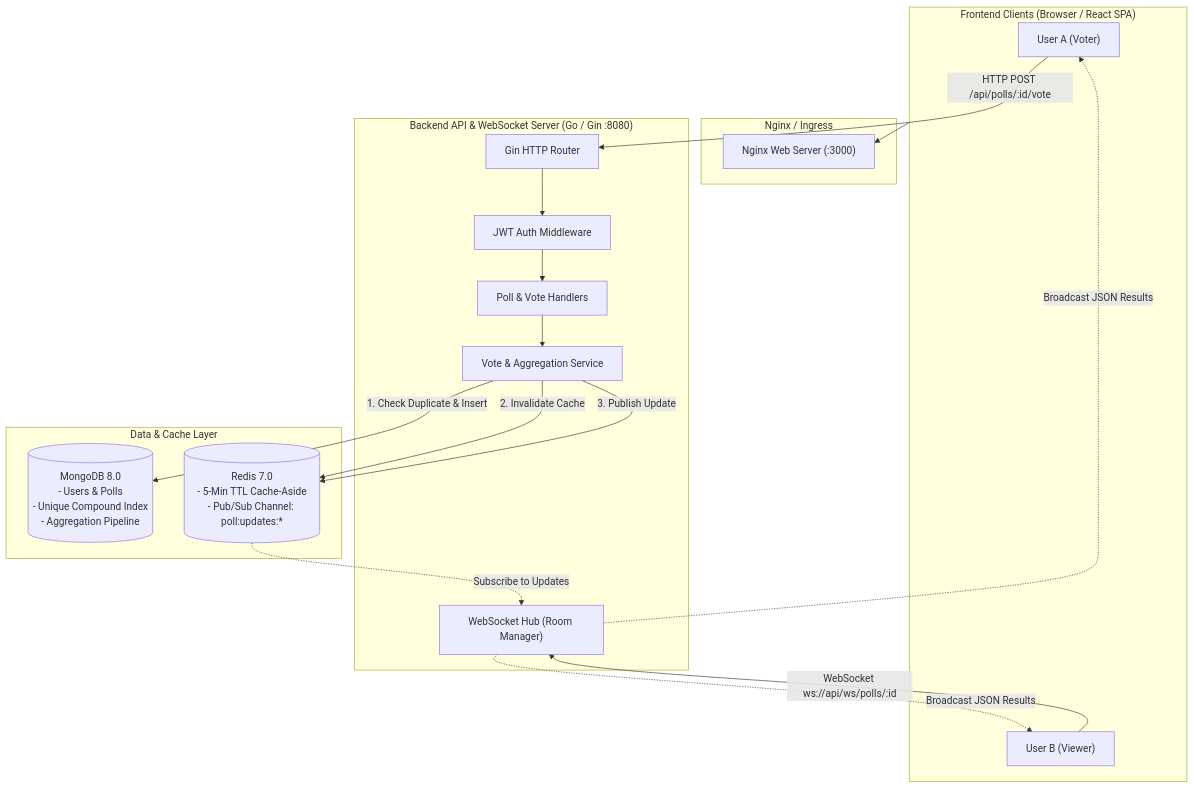
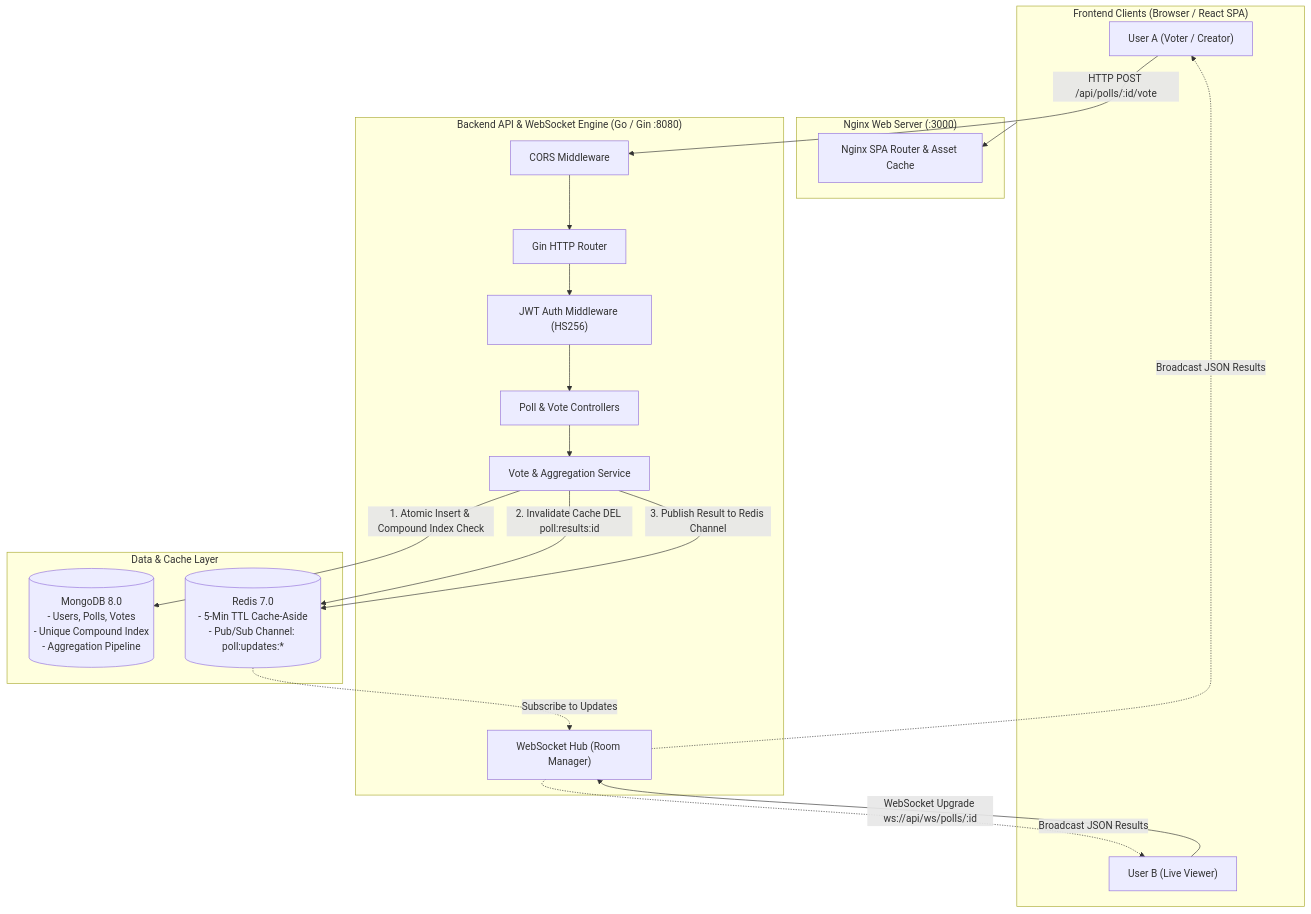
Before and after one commit to srinagapriya06122006/PollSphere-: the first of 2 diagrams in README.md, drawn with Mermaid. The commit also changed other lines of this file, not shown here.

Commit message:
docs: enrich README with DB ER diagrams, microservices table, and env configs

````diff
--- a/README.md
+++ b/README.md
@@ -27,39 +32,41 @@
 ```mermaid
 flowchart TD
     subgraph Clients["Frontend Clients (Browser / React SPA)"]
-        UserA["User A (Voter)"]
-        UserB["User B (Viewer)"]
+        UserA["User A (Voter / Creator)"]
+        UserB["User B (Live Viewer)"]
     end
 
-    subgraph ReverseProxy["Nginx / Ingress"]
-        Nginx["Nginx Web Server (:3000)"]
+    subgraph ReverseProxy["Nginx Web Server (:3000)"]
+        Nginx["Nginx SPA Router & Asset Cache"]
     end
 
-    subgraph BackendCluster["Backend API & WebSocket Server (Go / Gin :8080)"]
+    subgraph BackendCluster["Backend API & WebSocket Engine (Go / Gin :8080)"]
         Router["Gin HTTP Router"]
-        AuthMiddleware["JWT Auth Middleware"]
-        PollHandler["Poll & Vote Handlers"]
+        CORSMiddleware["CORS Middleware"]
+        AuthMiddleware["JWT Auth Middleware (HS256)"]
+        PollHandler["Poll & Vote Controllers"]
         WSHub["WebSocket Hub (Room Manager)"]
         VoteService["Vote & Aggregation Service"]
     end
 
     subgraph DataTier["Data & Cache Layer"]
-        MongoDB[("MongoDB 8.0\n- Users & Polls\n- Unique Compound Index\n- Aggregation Pipeline")]
+        MongoDB[("MongoDB 8.0\n- Users, Polls, Votes\n- Unique Compound Index\n- Aggregation Pipeline")]
         Redis[("Redis 7.0\n- 5-Min TTL Cache-Aside\n- Pub/Sub Channel: poll:updates:*")]
     end
 
-    UserA -->|HTTP POST /api/polls/:id/vote| Router
-    UserB -->|WebSocket ws://api/ws/polls/:id| WSHub
     Clients --> Nginx
-
+    UserA -->|HTTP POST /api/polls/:id/vote| CORSMiddleware
+    CORSMiddleware --> Router
     Router --> AuthMiddleware
     AuthMiddleware --> PollHandler
     PollHandler --> VoteService
 
-    VoteService -->|1. Check Duplicate & Insert| MongoDB
-    VoteService -->|2. Invalidate Cache| Redis
-    VoteService -->|3. Publish Update| Redis
+    VoteService -->|1. Atomic Insert & Compound Index Check| MongoDB
+    VoteService -->|2. Invalidate Cache DEL poll:results:id| Redis
+    VoteService -->|3. Publish Result to Redis Channel| Redis
     Redis -.->|Subscribe to Updates| WSHub
+
+    UserB -->|WebSocket Upgrade ws://api/ws/polls/:id| WSHub
     WSHub -.->|Broadcast JSON Results| UserB
     WSHub -.->|Broadcast JSON Results| UserA
 ```
````
